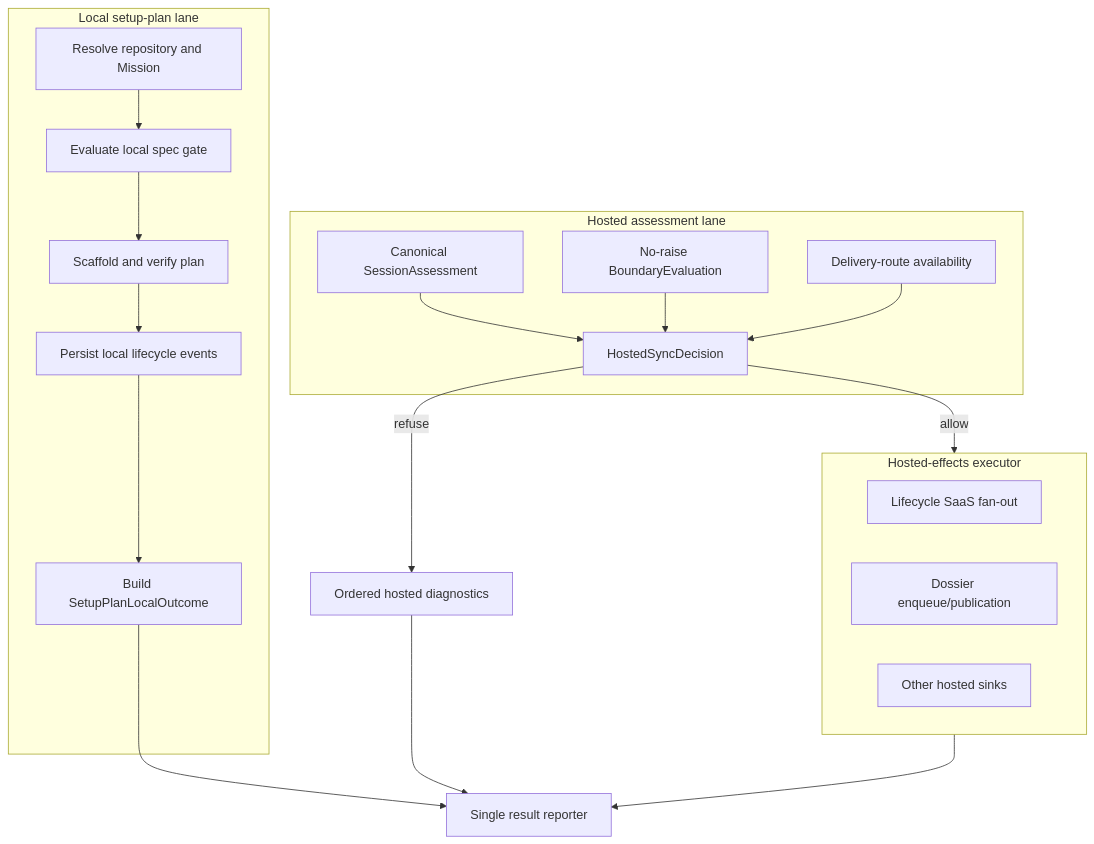
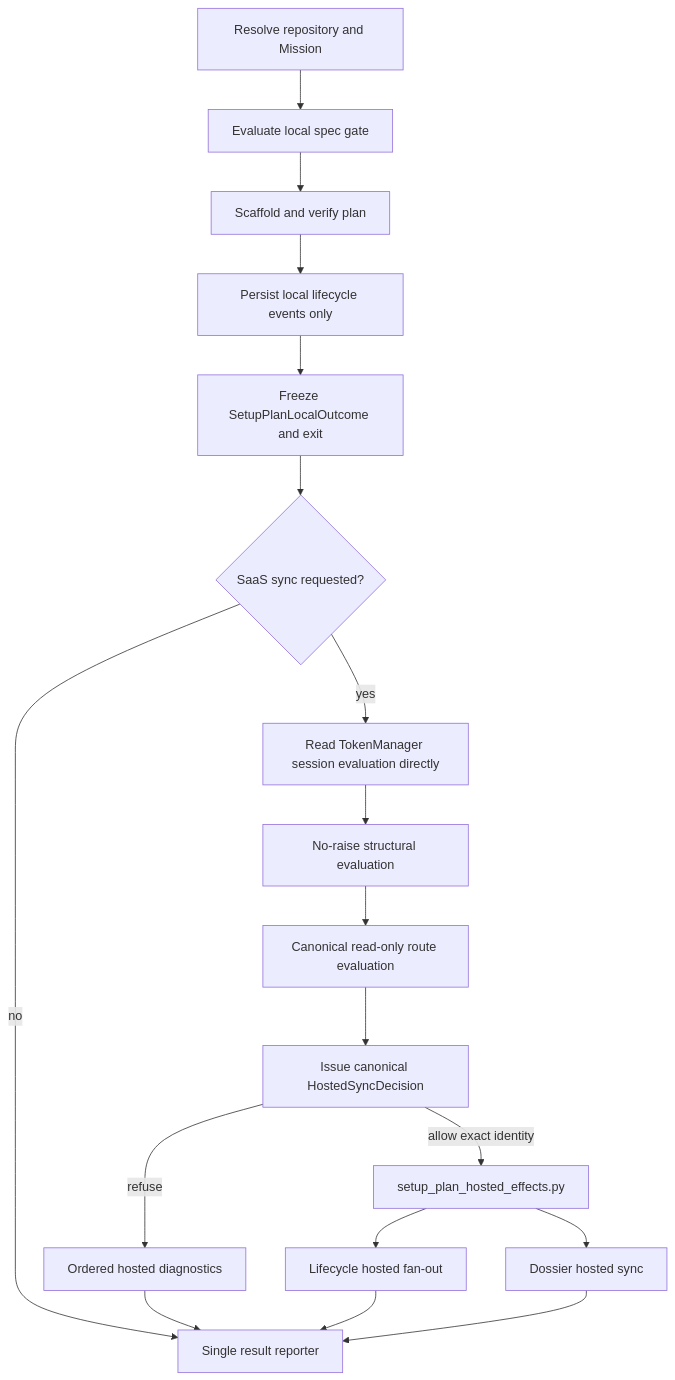
The diagram in kitty-specs/setup-plan-auth-diagnostics-nonfatal-01M0QEAD/plan.md (Priivacy-ai/spec-kitty), drawn with Mermaid before and after one commit. The commit also changed other lines of this file and 5 other files, not shown here.

Commit message:
docs(mission): align setup-plan artifacts to local-first boundary

````diff
--- a/kitty-specs/setup-plan-auth-diagnostics-nonfatal-01M0QEAD/plan.md
+++ b/kitty-specs/setup-plan-auth-diagnostics-nonfatal-01M0QEAD/plan.md
@@ -80,33 +85,20 @@
 ```mermaid
 flowchart TB
-    subgraph LocalLane[Local setup-plan lane]
-        Resolve[Resolve repository and Mission]
-        SpecGate[Evaluate local spec gate]
-        PlanWork[Scaffold and verify plan]
-        LocalEvents[Persist local lifecycle events]
-        LocalOutcome[Build SetupPlanLocalOutcome]
-        Resolve --> SpecGate --> PlanWork --> LocalEvents --> LocalOutcome
-    end
-
-    subgraph AssessmentLane[Hosted assessment lane]
-        Auth[Canonical SessionAssessment]
-        Boundary[No-raise BoundaryEvaluation]
-        Route[Delivery-route availability]
-        Decision[HostedSyncDecision]
-        Auth --> Decision
-        Boundary --> Decision
-        Route --> Decision
-    end
-
-    subgraph Effects[Hosted-effects executor]
-        LifecycleFanout[Lifecycle SaaS fan-out]
-        Dossier[Dossier enqueue/publication]
-        Other[Other hosted sinks]
-    end
-
-    Decision -->|allow| Effects
+    Resolve[Resolve repository and Mission] --> SpecGate[Evaluate local spec gate]
+    SpecGate --> PlanWork[Scaffold and verify plan]
+    PlanWork --> LocalEvents[Persist local lifecycle events only]
+    LocalEvents --> LocalOutcome[Freeze SetupPlanLocalOutcome and exit]
+    LocalOutcome --> Requested{SaaS sync requested?}
+    Requested -->|no| Reporter[Single result reporter]
+    Requested -->|yes| Auth[Read TokenManager session evaluation directly]
+    Auth --> Boundary[No-raise structural evaluation]
+    Boundary --> Route[Canonical read-only route evaluation]
+    Route --> Decision[Issue canonical HostedSyncDecision]
     Decision -->|refuse| Diagnostics[Ordered hosted diagnostics]
-    LocalOutcome --> Reporter[Single result reporter]
+    Decision -->|allow exact identity| Executor[setup_plan_hosted_effects.py]
+    Executor --> LifecycleFanout[Lifecycle hosted fan-out]
+    Executor --> Dossier[Dossier hosted sync]
     Diagnostics --> Reporter
-    Effects --> Reporter
+    LifecycleFanout --> Reporter
+    Dossier --> Reporter
 ```
````
